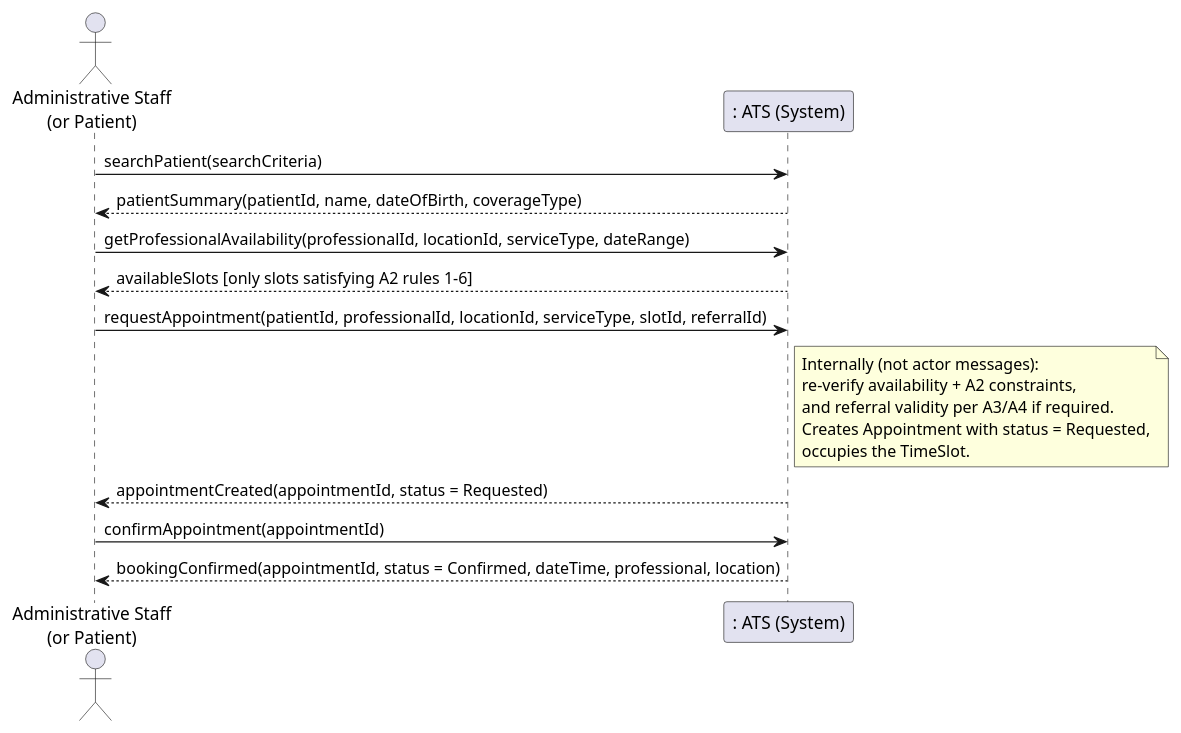
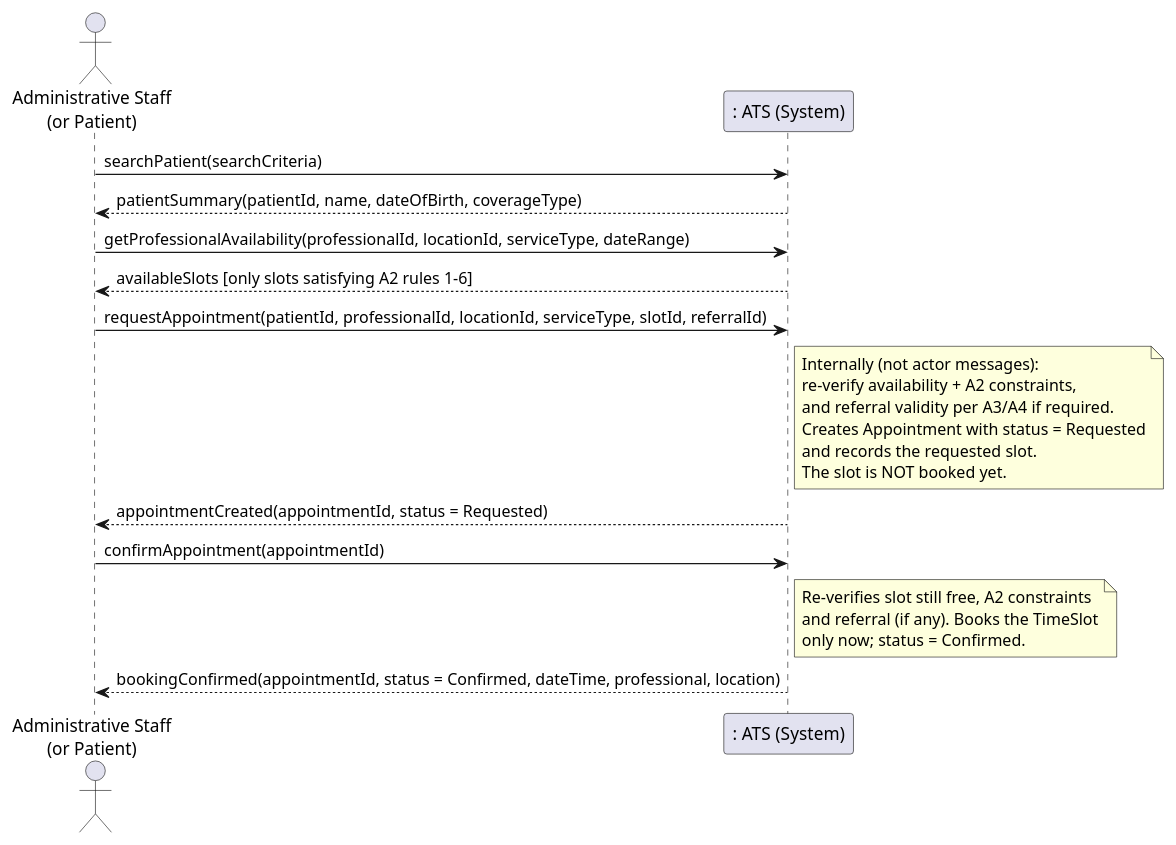
The first of 2 diagrams in reference-drafts/iteration-1/03-uc02-book-appointment.md (ArhamAkram/SOEN342-project), drawn with PlantUML before and after one commit. The commit also changed other lines of this file, not shown here.

First line of the commit message:
Enhance appointment booking failure scenarios

````diff
--- a/reference-drafts/iteration-1/03-uc02-book-appointment.md
+++ b/reference-drafts/iteration-1/03-uc02-book-appointment.md
@@ -128,25 +146,31 @@
 ```plantuml
 @startuml
 actor "Administrative Staff\n(or Patient)" as Actor
 participant ": ATS (System)" as System
 
 Actor -> System : searchPatient(searchCriteria)
 System --> Actor : patientSummary(patientId, name, dateOfBirth, coverageType)
 
 Actor -> System : getProfessionalAvailability(professionalId, locationId, serviceType, dateRange)
 System --> Actor : availableSlots [only slots satisfying A2 rules 1-6]
 
 Actor -> System : requestAppointment(patientId, professionalId, locationId, serviceType, slotId, referralId)
 note right of System
   Internally (not actor messages):
   re-verify availability + A2 constraints,
   and referral validity per A3/A4 if required.
-  Creates Appointment with status = Requested,
-  occupies the TimeSlot.
+  Creates Appointment with status = Requested
+  and records the requested slot.
+  The slot is NOT booked yet.
 end note
 System --> Actor : appointmentCreated(appointmentId, status = Requested)
 
 Actor -> System : confirmAppointment(appointmentId)
+note right of System
+  Re-verifies slot still free, A2 constraints
+  and referral (if any). Books the TimeSlot
+  only now; status = Confirmed.
+end note
 System --> Actor : bookingConfirmed(appointmentId, status = Confirmed, dateTime, professional, location)
 @enduml
 ```
````
